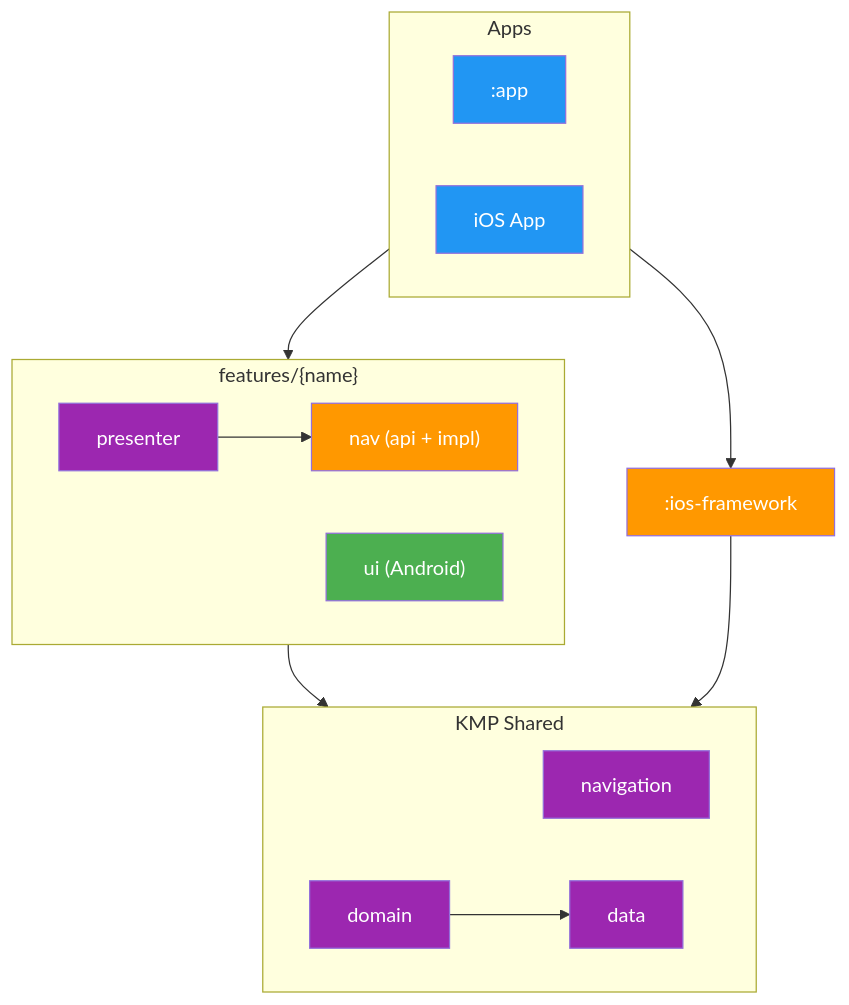
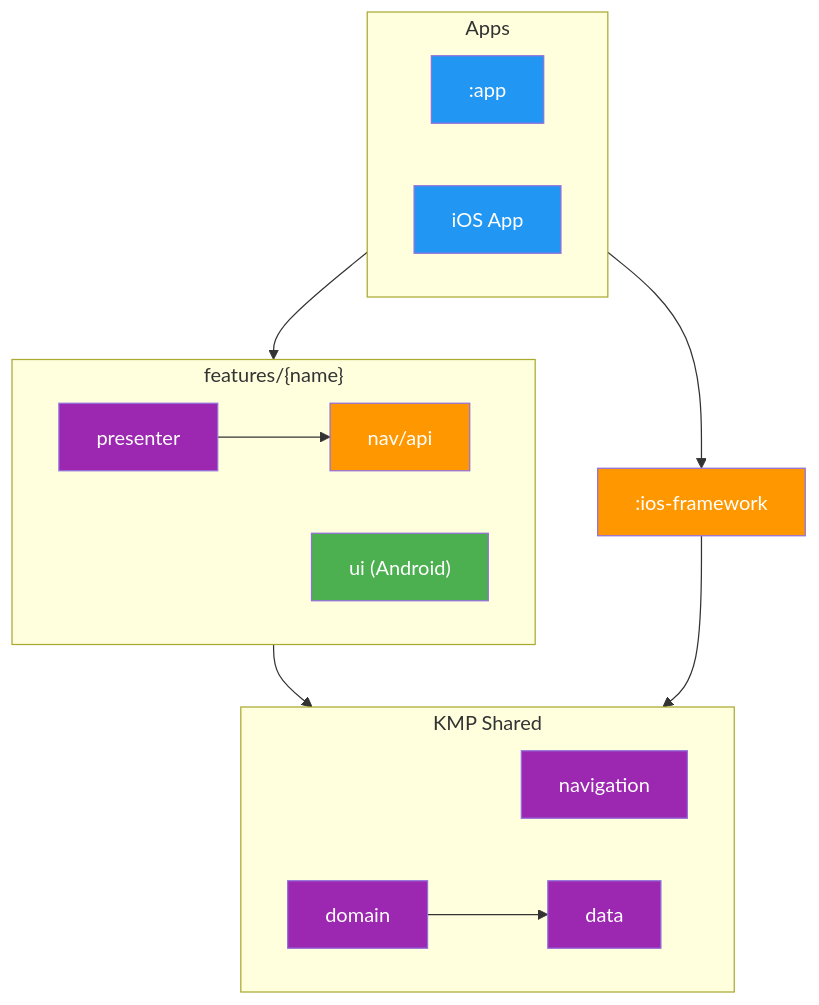
Before and after one commit to thomaskioko/tv-maniac: the diagram in docs/architecture/MODULARIZATION.md, drawn with Mermaid. The commit also changed other lines of this file and 6 other files, not shown here.

Commit message:
docs: update architecture guides to reflect navigation and DI refactor

````diff
--- a/docs/architecture/MODULARIZATION.md
+++ b/docs/architecture/MODULARIZATION.md
@@ -9,41 +20,41 @@
 ```mermaid
 graph TD
     subgraph Apps["Apps"]
         direction LR
         ANDROID[":app"]
         IOSAPP["iOS App"]
     end
 
     IOSFW[":ios-framework"]
 
     subgraph Features["features/{name}"]
         direction LR
         FP["presenter"]
         FU["ui (Android)"]
-        FN["nav (api + impl)"]
+        FN["nav/api"]
         FP --> FN
     end
 
     subgraph Shared["KMP Shared"]
         direction LR
         NAV["navigation"]
         DOM["domain"]
         DATA["data"]
         DOM --> DATA
     end
 
     ANDROID --> Features
     Features --> Shared
     IOSAPP --> IOSFW
     IOSFW --> Shared
 
     style ANDROID fill:#2196F3,color:#fff
     style IOSAPP fill:#2196F3,color:#fff
     style FP fill:#9C27B0,color:#fff
     style FU fill:#4CAF50,color:#fff
     style FN fill:#FF9800,color:#fff
     style IOSFW fill:#FF9800,color:#fff
     style NAV fill:#9C27B0,color:#fff
     style DOM fill:#9C27B0,color:#fff
     style DATA fill:#9C27B0,color:#fff
 ```
````
